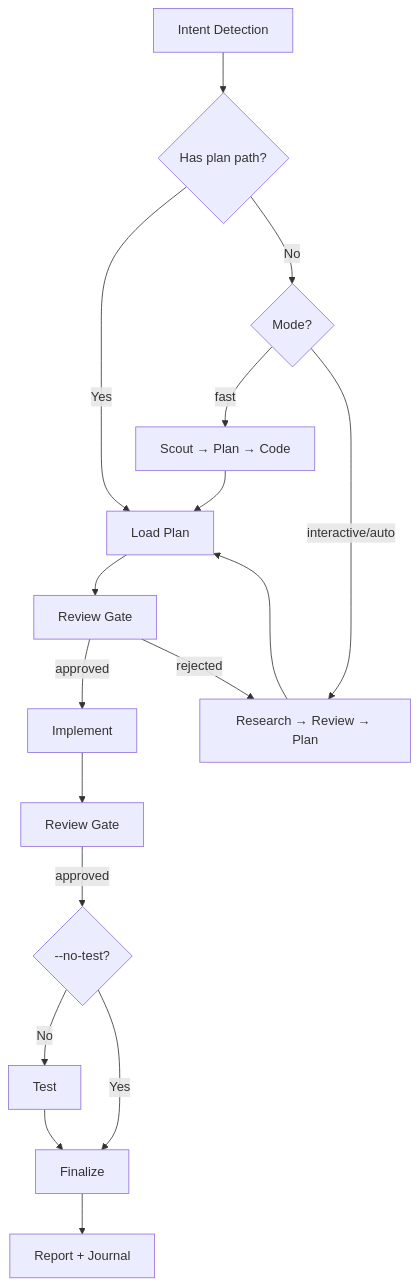
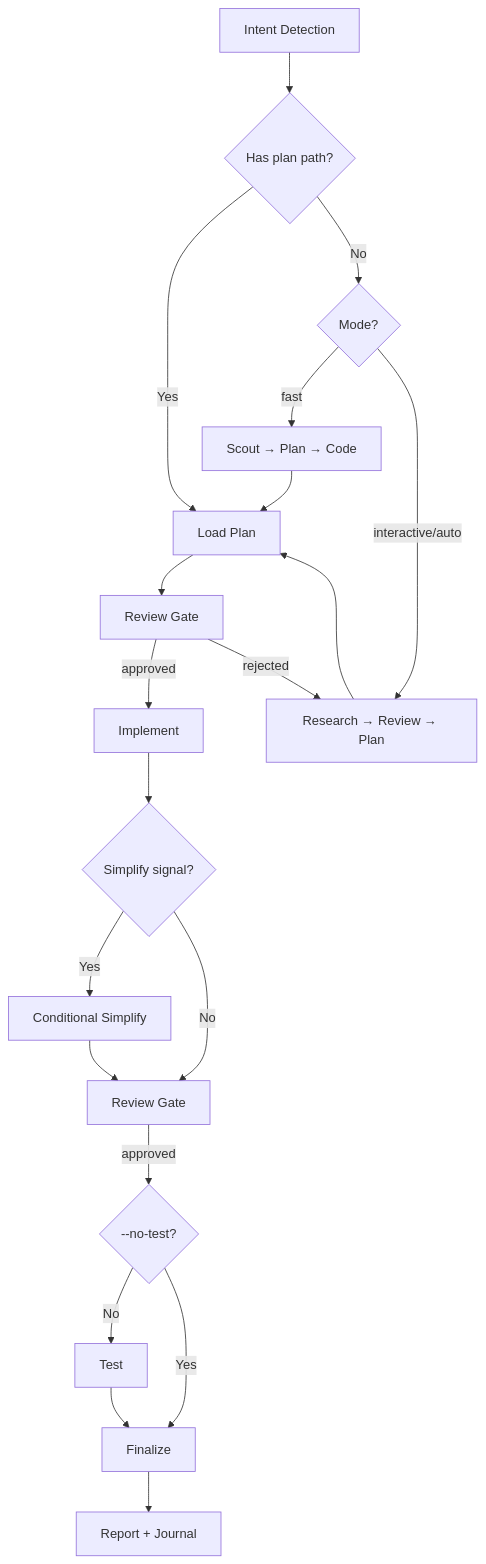
The diagram in claude/skills/cook/SKILL.md (duy-tung/claudekit-engineer-codex), drawn with Mermaid before and after one commit. The commit also changed other lines of this file and 11 other files, not shown here.

````diff
--- a/claude/skills/cook/SKILL.md
+++ b/claude/skills/cook/SKILL.md
@@ -77,19 +77,22 @@
 ```mermaid
 flowchart TD
     A[Intent Detection] --> B{Has plan path?}
     B -->|Yes| F[Load Plan]
     B -->|No| C{Mode?}
     C -->|fast| D[Scout → Plan → Code]
     C -->|interactive/auto| E[Research → Review → Plan]
     E --> F
     D --> F
     F --> G[Review Gate]
     G -->|approved| H[Implement]
     G -->|rejected| E
-    H --> I[Review Gate]
+    H --> H1{Simplify signal?}
+    H1 -->|Yes| H2[Conditional Simplify]
+    H1 -->|No| I[Review Gate]
+    H2 --> I
     I -->|approved| J{--no-test?}
     J -->|No| K[Test]
     J -->|Yes| L[Finalize]
     K --> L
     L --> M[Report + Journal]
 ```
````
